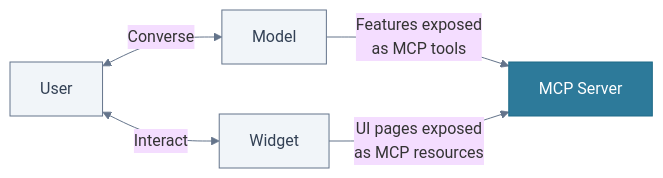
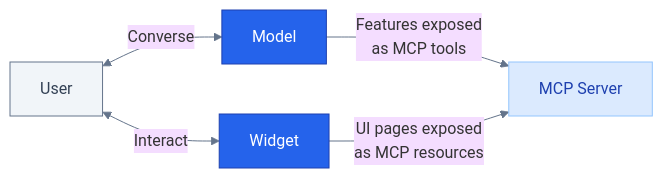
Before and after one commit to alpic-ai/skybridge: the diagram in docs/concepts/data-flow.mdx, drawn with Mermaid. The commit also changed other lines of this file and 2 other files, not shown here.

Commit message:
updated all remainiing concept pages (data flow, fast iteration, llm context sync)

````diff
--- a/docs/concepts/data-flow.mdx
+++ b/docs/concepts/data-flow.mdx
@@ -13,18 +13,18 @@
 ```mermaid
 %%{init: {'theme': 'base', 'themeVariables': { 'lineColor': '#64748b' }}}%%
 flowchart LR
     User["User"]
     Model["Model"]
     Widget["Widget"]
     Server["MCP Server"]
 
     User <-->|"Converse"| Model
     User <-->|"Interact"| Widget
     Model -->|"Features exposed<br/>as MCP tools"| Server
     Widget -->|"UI pages exposed<br/>as MCP resources"| Server
 
     style User fill:#f1f5f9,stroke:#64748b,color:#334155
-    style Model fill:#f1f5f9,stroke:#64748b,color:#334155
-    style Widget fill:#f1f5f9,stroke:#64748b,color:#334155
-    style Server fill:#2d7a9a,stroke:#1e6a87,color:#fff
+    style Model fill:#2563EB,stroke:#1e40af,color:#fff
+    style Widget fill:#2563EB,stroke:#1e40af,color:#fff
+    style Server fill:#dbeafe,stroke:#93c5fd,color:#1e40af
 ```
````
